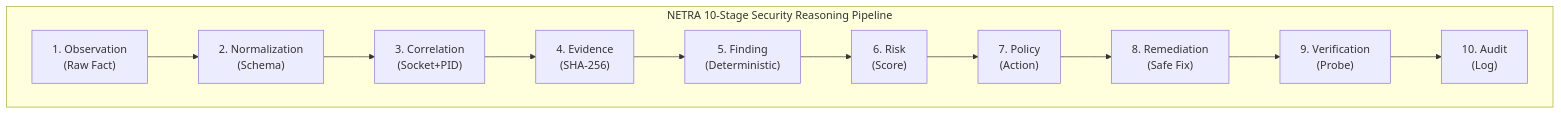
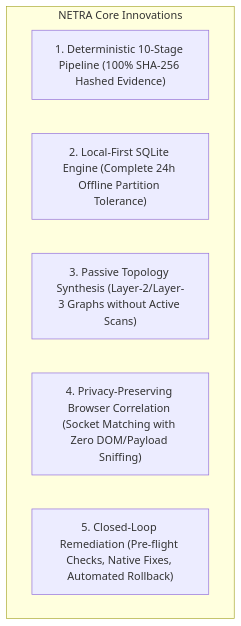
Before and after one commit to Subhadip-Paul2006/NETRA-Backend: the second of 2 diagrams in docs/RESEARCH.md, drawn with Mermaid. The commit also changed other lines of this file and 13 other files, not shown here.

Commit message:
docs: finalize Rust-first systems architecture lock across all 16 specifications

````diff
--- a/docs/RESEARCH.md
+++ b/docs/RESEARCH.md
@@ -143,15 +102,10 @@
 ```mermaid
 flowchart TD
-    subgraph Pipeline["NETRA 10-Stage Security Reasoning Pipeline"]
-        direction LR
-        Obs["1. Observation<br/>(Raw Fact)"] --> Norm["2. Normalization<br/>(Schema)"]
-        Norm --> Corr["3. Correlation<br/>(Socket+PID)"]
-        Corr --> Ev["4. Evidence<br/>(SHA-256)"]
-        Ev --> Fnd["5. Finding<br/>(Deterministic)"]
-        Fnd --> Rsk["6. Risk<br/>(Score)"]
-        Rsk --> Pol["7. Policy<br/>(Action)"]
-        Pol --> Act["8. Remediation<br/>(Safe Fix)"]
-        Act --> Val["9. Verification<br/>(Probe)"]
-        Val --> Aud["10. Audit<br/>(Log)"]
+    subgraph Breakthroughs["NETRA Core Innovations"]
+        B1["1. Deterministic 10-Stage Pipeline (100% SHA-256 Hashed Evidence)"]
+        B2["2. Local-First SQLite Engine (Complete 24h Offline Partition Tolerance)"]
+        B3["3. Passive Topology Synthesis (Layer-2/Layer-3 Graphs without Active Scans)"]
+        B4["4. Privacy-Preserving Browser Correlation (Socket Matching with Zero DOM/Payload Sniffing)"]
+        B5["5. Closed-Loop Remediation (Pre-flight Checks, Native Fixes, Automated Rollback)"]
     end
 ```
````
